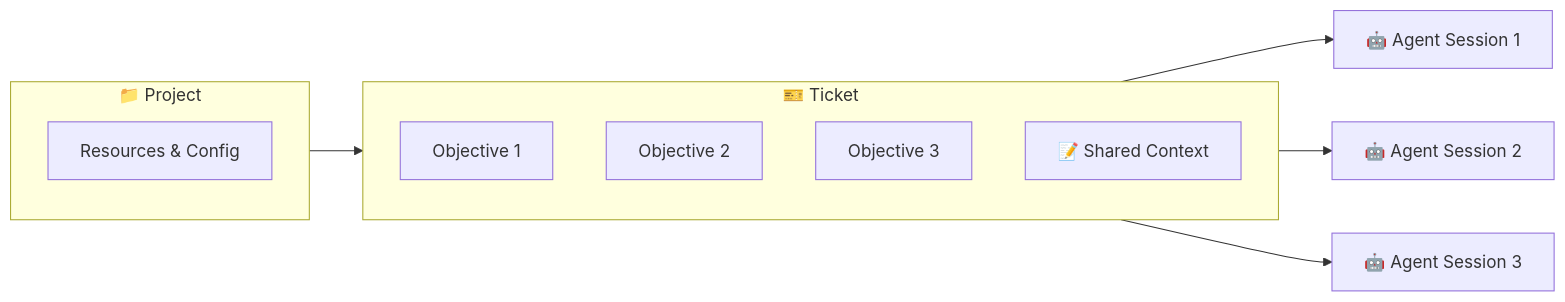
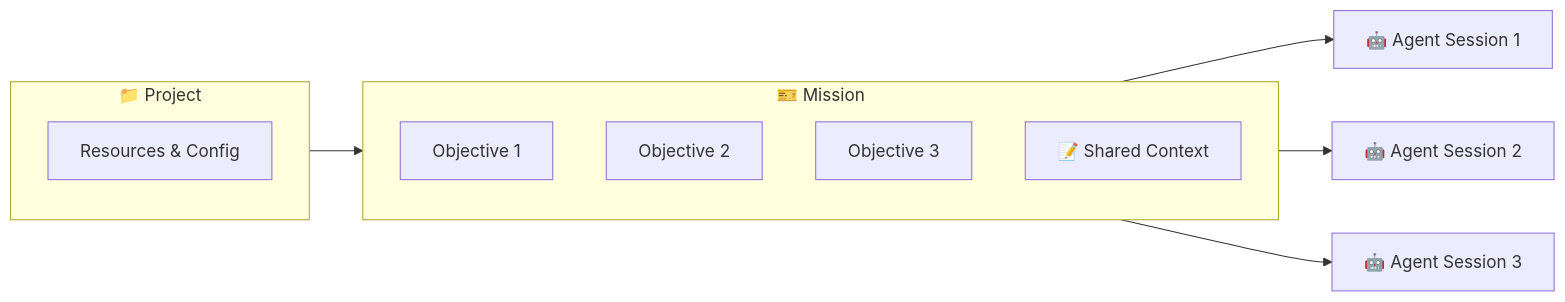
Before and after one commit to cooperativ-labs/OpenOverlord: the first of 2 diagrams in README.md, drawn with Mermaid. The commit also changed other lines of this file and 362 other files, not shown here.

````diff
--- a/README.md
+++ b/README.md
@@ -94,26 +94,26 @@
 ```mermaid
 graph LR
     subgraph Project["📁 Project"]
 
        
         Resources["Resources & Config"]
 
     end
-    subgraph Ticket["🎫 Ticket"]
+    subgraph Mission["🎫 Mission"]
         direction TB
         O1["Objective 1"]
         O2["Objective 2"]
         O3["Objective 3"]
         SC["📝 Shared Context"]
     end
 
     S1["🤖 Agent Session 1"]
     S2["🤖 Agent Session 2"]
     S3["🤖 Agent Session 3"]
 
-    Project --> Ticket
+    Project --> Mission
     O1 --> S1
     O2 --> S2
     O3 --> S3
     
 ```
````
